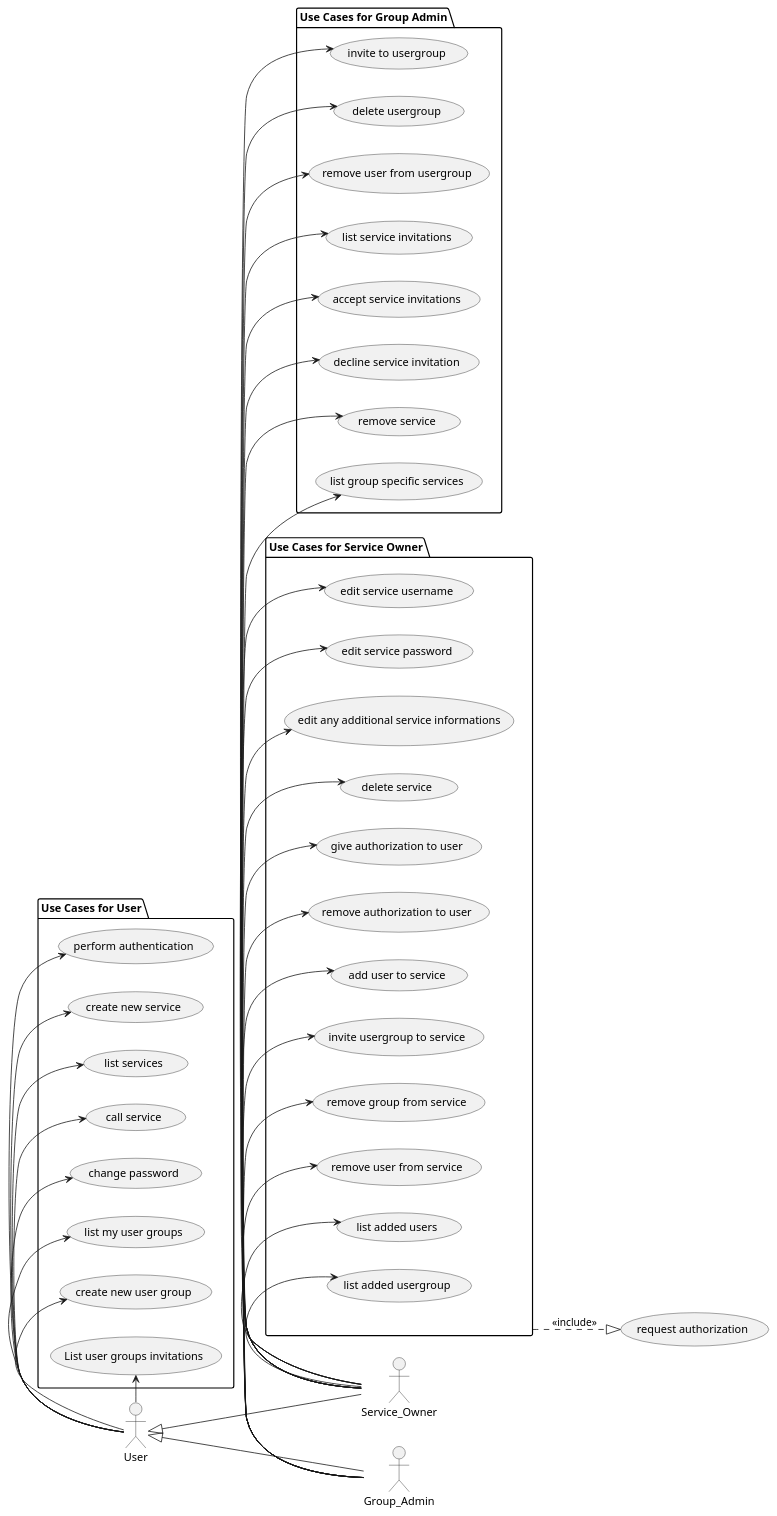
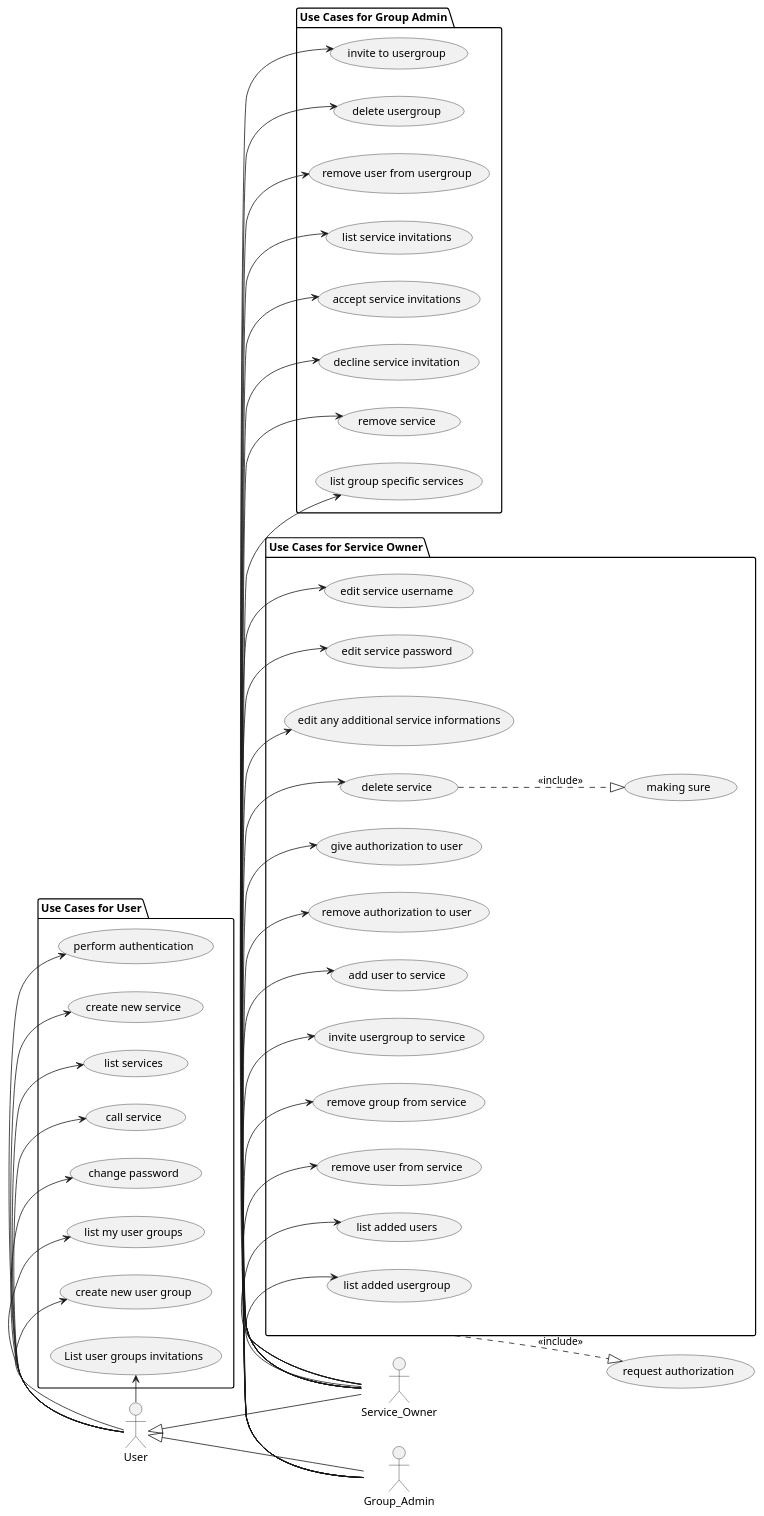
One commit to sesogr/auth-share changed the diagram in doc/usecase.plantuml. Above: the diagram before and after it, drawn with PlantUML.

Commit message:
feat: usecase (making sure)
the middle way of getting user confirmation for automated cleanup

```diff
--- a/doc/usecase.plantuml
+++ b/doc/usecase.plantuml
@@ -1,84 +1,86 @@
 @startuml
 
 left to right direction
 
 actor User
 actor Service_Owner
 actor Group_Admin
 
 User <|-- Service_Owner
 User <|-- Group_Admin
 
 package "Use Cases for User" {
     (perform authentication) as PA
     (create new service) as CNS
     (list services) as LS
     (call service) as CS
     (change password) as CP
     (list my user groups) as LMUG
     (create new user group) as CNUG
     (List user groups invitations) as LUGI
 }
 
 User -> PA
 User -> CNS
 User -> LS
 User -> CS
 User -> CP
 User -> LMUG
 User -> CNUG
 User -> LUGI
 
 package "Use Cases for Service Owner" as SO{
     (edit service username) as ESU
     (edit service password) as ESP
     (edit any additional service informations) as EASI
     (delete service) as DS
     
     (give authorization to user) as G_AUTH
     (remove authorization to user) as R_AUTH
     (add user to service) as AUTS
     (invite usergroup to service) as IUFS
     (remove group from service) as RGFS
     (remove user from service) as RUFS
     (list added users) as LAU
     (list added usergroup) as LAG
+    (making sure) as MS
 }
 
 (request authorization) as AUTH
 
+DS ..|> MS : <<include>>
 Service_Owner -> ESU
 Service_Owner -> ESP
 Service_Owner -> EASI
 Service_Owner -> DS
 SO ..|> AUTH : <<include>>
 Service_Owner -> G_AUTH
 Service_Owner -> R_AUTH
 Service_Owner -> AUTS
 Service_Owner -> IUFS
 Service_Owner -> RGFS
 Service_Owner -> RUFS
 Service_Owner -> LAU
 Service_Owner -> LAG
 
 package "Use Cases for Group Admin" {
     (invite to usergroup) as ITG
     (delete usergroup) as DG
     (remove user from usergroup) as RUFG
     (list service invitations) as LSI
     (accept service invitations) as ASI
     (decline service invitation) as DSI
     (remove service) as RS
     (list group specific services) as LGSS
 }
 
 Group_Admin -> ITG
 Group_Admin -> DG
 Group_Admin -> RUFG
 Group_Admin -> LSI
 Group_Admin -> ASI
 Group_Admin -> DSI
 Group_Admin -> RS
 Group_Admin -> LGSS
 
 @enduml
```
